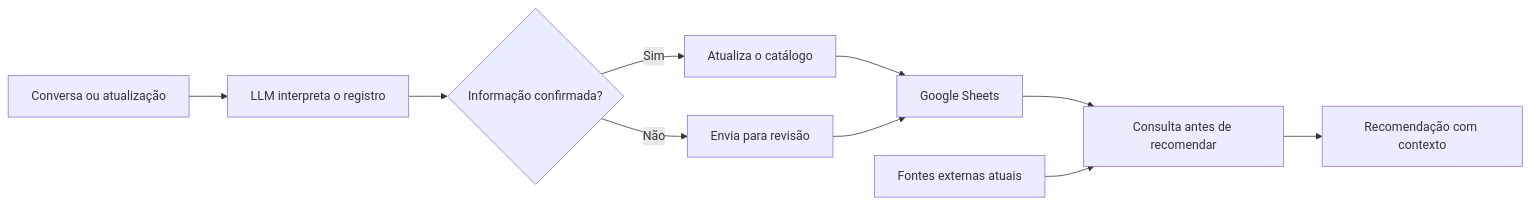
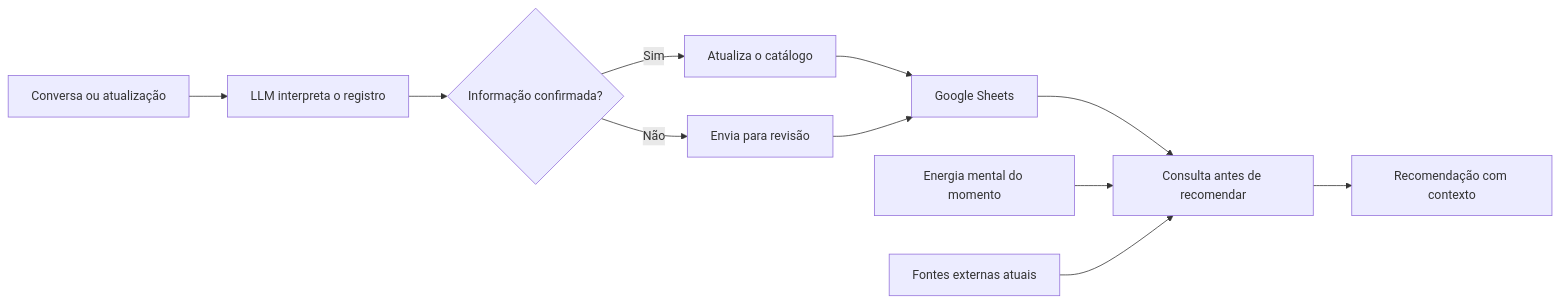
One commit to soteropolitano/catalogo-de-entretenimento-com-llm changed the diagram in README.md. Above: the diagram before and after it, drawn with Mermaid. The commit also changed other lines of this file, not shown here.

Commit message:
Documenta energia mental em README.md

````diff
--- a/README.md
+++ b/README.md
@@ -22,12 +25,13 @@
 ```mermaid
 flowchart LR
     A[Conversa ou atualização] --> B[LLM interpreta o registro]
     B --> C{Informação confirmada?}
     C -->|Sim| D[Atualiza o catálogo]
     C -->|Não| E[Envia para revisão]
     D --> F[Google Sheets]
     E --> F
     F --> G[Consulta antes de recomendar]
+    J[Energia mental do momento] --> G
     H[Fontes externas atuais] --> G
     G --> I[Recomendação com contexto]
 ```
````
